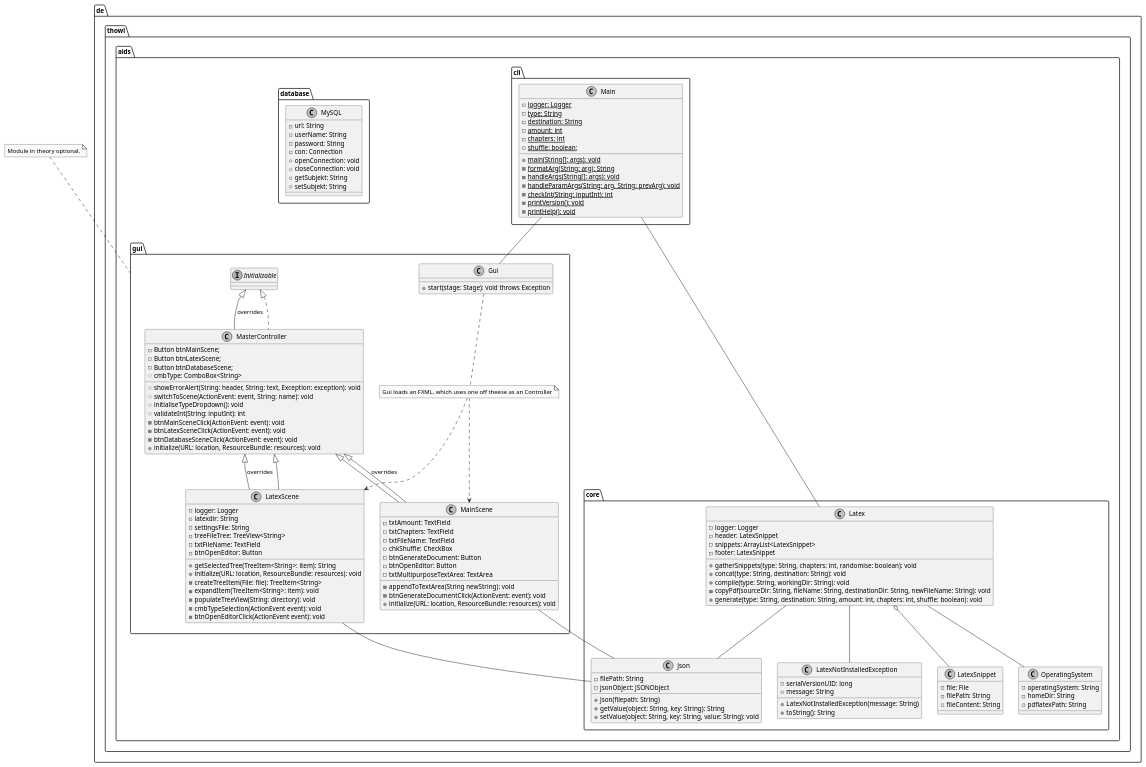
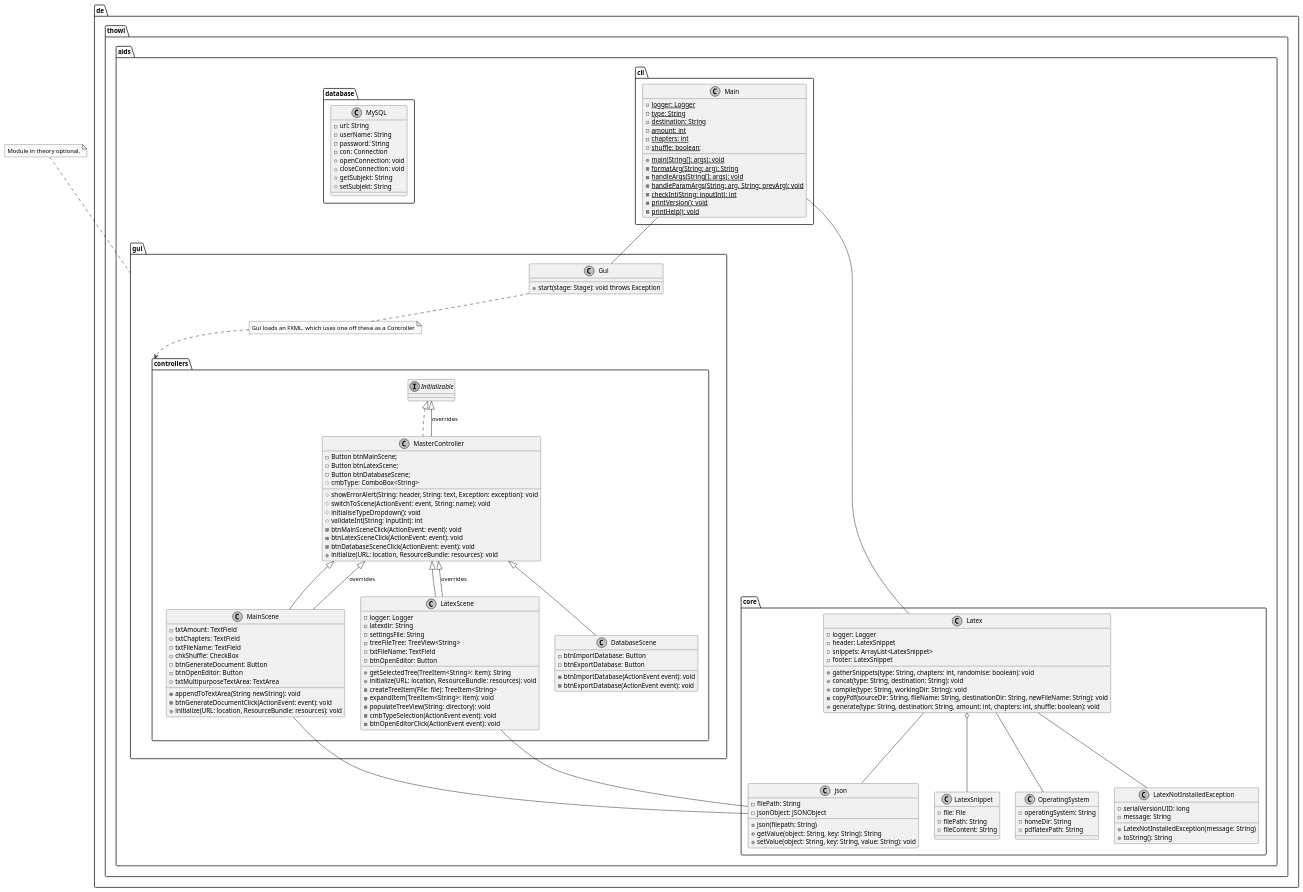
The diagram in docs/dev/technical_documentation/diagramm/uml/aids.puml (j0giwa/autonomous-instant-documents), drawn with PlantUML before and after one commit. The commit also changed 6 other files, not shown here.

```diff
--- a/docs/dev/technical_documentation/diagramm/uml/aids.puml
+++ b/docs/dev/technical_documentation/diagramm/uml/aids.puml
@@ -1,148 +1,156 @@
 @startuml aids
 
 skinparam monochrome true
 
 de.thowl.aids.cli.Main -- de.thowl.aids.gui.Gui
 de.thowl.aids.cli.Main -- de.thowl.aids.core.Latex
-de.thowl.aids.gui.MainScene -- de.thowl.aids.core.Json
-de.thowl.aids.gui.LatexScene -- de.thowl.aids.core.Json
+de.thowl.aids.gui.controllers.MainScene -- de.thowl.aids.core.Json
+de.thowl.aids.gui.controllers.LatexScene -- de.thowl.aids.core.Json
 
 package de.thowl.aids.cli {
 	class Main {
 		- {static} logger: Logger
 		- {static} type: String
 		- {static} destination: String
 		- {static} amount: int
 		- {static} chapters: int
 		- {static} shuffle: boolean;
 		+ {static} main(String[]: args): void
 		- {static} formatArg(String: arg): String
 		- {static} handleArgs(String[]: args): void
 		- {static} handleParamArgs(String: arg, String: prevArg): void
 		- {static} checkInt(String: inputInt): int
 		- {static} printVersion(): void
 		- {static} printHelp(): void
 	}
 }
 
 package de.thowl.aids.core {
 	class Latex {
 		- logger: Logger
 		- header: LatexSnippet
 		- snippets: ArrayList<LatexSnippet>
 		- footer: LatexSnippet
 		+ gatherSnippets(type: String, chapters: int, randomise: boolean): void
 		+ concat(type: String, destination: String): void
 		+ compile(type: String, workingDir: String): void
 		- copyPdf(sourceDir: String, fileName: String, destinationDir: String, newFileName: String): void
 		+ generate(type: String, destination: String, amount: int, chapters: int, shuffle: boolean): void
 	}
 
 	Latex o-- LatexSnippet 
 	Latex -- OperatingSystem
 	Latex -- Json
 	Latex -- LatexNotInstalledException
 
 	class OperatingSystem {
 		- operatingSystem: String
 		- homeDir: String
 		- pdflatexPath: String
 	}
 
 	class Json {
 		- filePath: String
 		- jsonObject: JSONObject
 		+ Json(filepath: String)
 		+ getValue(object: String, key: String): String
 		+ setValue(object: String, key: String, value: String): void
 	}
 
 	class LatexNotInstalledException {
 		- serialVersionUID: long
 		- message: String
 		+ LatexNotInstalledException(message: String)
 		+ toString(): String
 	}
 
 	class LatexSnippet {
 		- file: File
 		- filePath: String
 		- fileContent: String
 	}
 
 }
 
 note top of de.thowl.aids.gui : Module in theory optional.
-package de.thowl.aids.gui{
+package de.thowl.aids.gui {
 	class Gui {
 		+ start(stage: Stage): void throws Exception
 	}
 
-	note "Gui loads an FXML, which uses one off theese as an Controller" as N1
+	note "Gui loads an FXML, which uses one off these as a Controller" as N1
 	Gui .. N1
-	N1 ..> MainScene
-	N1 ..> LatexScene
+	N1 ..> de.thowl.aids.gui.controllers
 
-	class MasterController implements Initializable{
-		- Button btnMainScene;
-		- Button btnLatexScene;
-		- Button btnDatabaseScene;
-		# cmbType: ComboBox<String>
-		# showErrorAlert(String: header, String: text, Exception: exception): void
-		# switchToScene(ActionEvent: event, String: name): void
-		# initialiseTypeDropdown(): void
-		# validateInt(String: inputInt): int
-		- btnMainSceneClick(ActionEvent: event): void
-		- btnLatexSceneClick(ActionEvent: event): void
-		- btnDatabaseSceneClick(ActionEvent: event): void
-		+ initialize(URL: location, ResourceBundle: resources): void
-	}
+        package de.thowl.aids.gui.controllers {
+	        class MasterController implements Initializable{
+		        - Button btnMainScene;
+		        - Button btnLatexScene;
+		        - Button btnDatabaseScene;
+		        # cmbType: ComboBox<String>
+		        # showErrorAlert(String: header, String: text, Exception: exception): void
+		        # switchToScene(ActionEvent: event, String: name): void
+		        # initialiseTypeDropdown(): void
+		        # validateInt(String: inputInt): int
+		        - btnMainSceneClick(ActionEvent: event): void
+		        - btnLatexSceneClick(ActionEvent: event): void
+		        - btnDatabaseSceneClick(ActionEvent: event): void
+		        + initialize(URL: location, ResourceBundle: resources): void
+	        }
 
-	class MainScene extends MasterController {
-		- txtAmount: TextField
-		- txtChapters: TextField
-		- txtFileName: TextField
-		- chkShuffle: CheckBox
-		- btnGenerateDocument: Button
-		- btnOpenEditor: Button
-		- txtMultipurposeTextArea: TextArea
-		- appendToTextArea(String newString): void
-		- btnGenerateDocumentClick(ActionEvent: event): void
-		+ initialize(URL: location, ResourceBundle: resources): void
-	}
+	        class MainScene extends MasterController {
+		        - txtAmount: TextField
+		        - txtChapters: TextField
+		        - txtFileName: TextField
+		        - chkShuffle: CheckBox
+		        - btnGenerateDocument: Button
+		        - btnOpenEditor: Button
+		        - txtMultipurposeTextArea: TextArea
+		        - appendToTextArea(String newString): void
+		        - btnGenerateDocumentClick(ActionEvent: event): void
+		        + initialize(URL: location, ResourceBundle: resources): void
+	        }
 
-	class LatexScene extends MasterController {
-		- logger: Logger
-		- latexdir: String
-		- settingsFile: String
-		- treeFileTree: TreeView<String>
-		- txtFileName: TextField
-		- btnOpenEditor: Button
-		+ getSelectedTree(TreeItem<String>: item): String
-		+ initialize(URL: location, ResourceBundle: resources): void
-		- createTreeItem(File: file): TreeItem<String>
-		- expandItem(TreeItem<String>: item): void
-		- populateTreeView(String: directory): void
-		- cmbTypeSelection(ActionEvent event): void
-		- btnOpenEditorClick(ActionEvent event): void 
-	}
+	        class LatexScene extends MasterController {
+		        - logger: Logger
+		        - latexdir: String
+		        - settingsFile: String
+		        - treeFileTree: TreeView<String>
+		        - txtFileName: TextField
+		        - btnOpenEditor: Button
+		        + getSelectedTree(TreeItem<String>: item): String
+		        + initialize(URL: location, ResourceBundle: resources): void
+		        - createTreeItem(File: file): TreeItem<String>
+		        - expandItem(TreeItem<String>: item): void
+		        - populateTreeView(String: directory): void
+		        - cmbTypeSelection(ActionEvent event): void
+		        - btnOpenEditorClick(ActionEvent event): void
+	        }
 
-	Initializable <|-- MasterController : overrides
-	MasterController <|-- MainScene : overrides
-	MasterController <|-- LatexScene : overrides
+                class DatabaseScene extends MasterController {
+		        - btnImportDatabase: Button
+		        - btnExportDatabase: Button
+		        - btnImportDatabase(ActionEvent event): void
+		        - btnExportDatabase(ActionEvent event): void
+	        }
+
+	        Initializable <|-- MasterController : overrides
+	        MasterController <|-- MainScene : overrides
+	        MasterController <|-- LatexScene : overrides
+        }
 }
 
 package de.thowl.aids.database {
         class MySQL{
                 - url: String
                 - userName: String
                 - password: String
                 - con: Connection
                 + openConnection: void
                 + closeConnection: void
                 + getSubjekt: String
                 + setSubjekt: String
         }
 }
 
 @enduml
```
